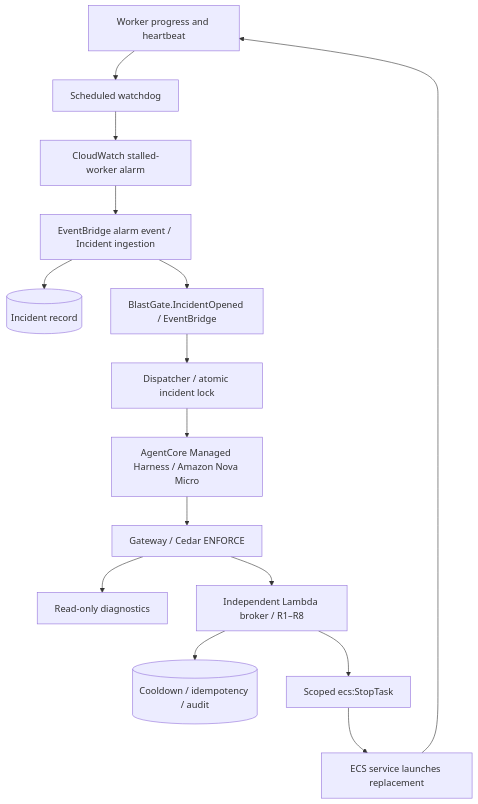
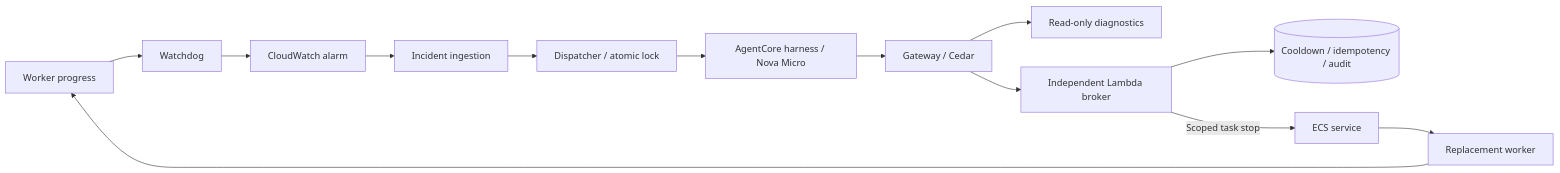
One commit to MDzubair933/blastgate-autonomous-recovery changed the diagram in README.md. Above: the diagram before and after it, drawn with Mermaid. The commit also changed other lines of this file, not shown here.

````diff
--- a/README.md
+++ b/README.md
@@ -57,17 +61,15 @@
 ```mermaid
-flowchart TD
-  W[Worker progress and heartbeat] --> WD[Scheduled watchdog]
-  WD --> CW[CloudWatch stalled-worker alarm]
-  CW --> I[EventBridge alarm event / Incident ingestion]
-  I --> DDB[(Incident record)]
-  I --> EB[BlastGate.IncidentOpened / EventBridge]
-  EB --> D[Dispatcher / atomic incident lock]
-  D --> H[AgentCore Managed Harness / Amazon Nova Micro]
-  H --> G[Gateway / Cedar ENFORCE]
+flowchart LR
+  W[Worker progress] --> WD[Watchdog]
+  WD --> CW[CloudWatch alarm]
+  CW --> I[Incident ingestion]
+  I --> D[Dispatcher / atomic lock]
+  D --> H[AgentCore harness / Nova Micro]
+  H --> G[Gateway / Cedar]
   G --> DIAG[Read-only diagnostics]
-  G --> B[Independent Lambda broker / R1–R8]
+  G --> B[Independent Lambda broker]
   B --> STATE[(Cooldown / idempotency / audit)]
-  B --> ECS[Scoped ecs:StopTask]
-  ECS --> NEW[ECS service launches replacement]
+  B -->|Scoped task stop| ECS[ECS service]
+  ECS --> NEW[Replacement worker]
   NEW --> W
 ```
````
